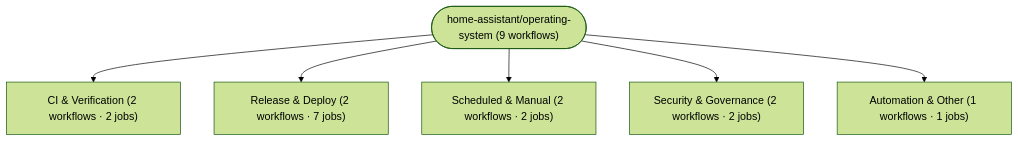
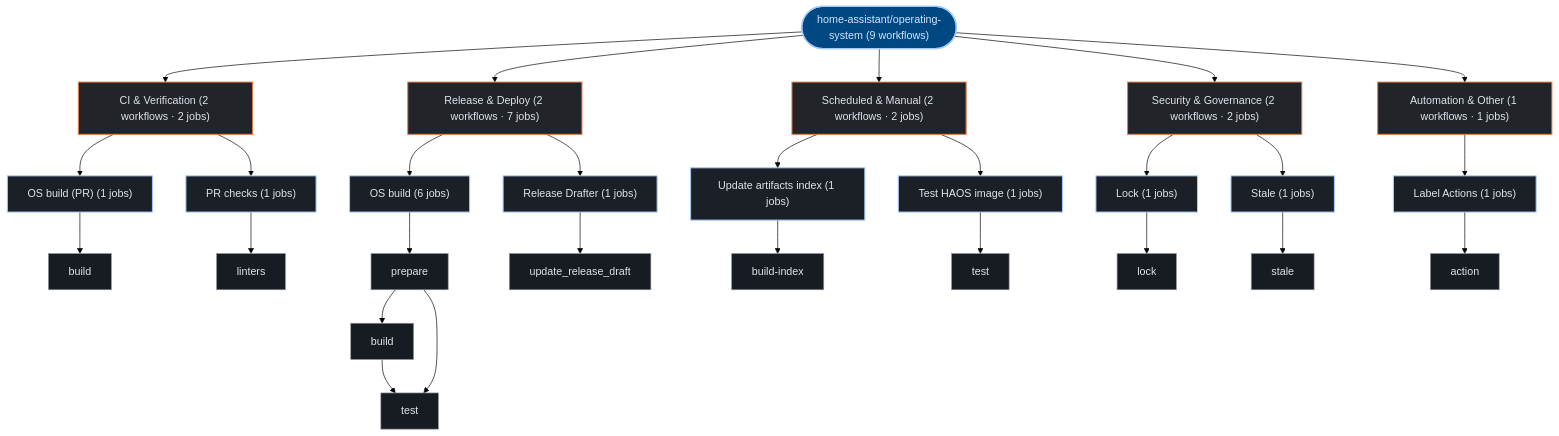
One commit to kumarshaz/atruss-code-atlas changed the second of 2 diagrams in exports/latest/reports/home-assistant-operating-system-report.md. Above: the diagram before and after it, drawn with Mermaid (forest theme). The commit also changed other lines of this file and 331 other files, not shown here.

Commit message:
docs,ui,fix: update SDLC docs, reorder CI/CD DAG first, stylize Mermaid, and fix Arc42 pipeline topology

````diff
--- a/exports/latest/reports/home-assistant-operating-system-report.md
+++ b/exports/latest/reports/home-assistant-operating-system-report.md
@@ -115,14 +119,62 @@
 ```mermaid
 graph TD;
-  pipeline_root(["home-assistant/operating-system (9 workflows)"])
-  grp_0_CI___Verification["CI & Verification (2 workflows · 2 jobs)"]
+  classDef atlasRoot fill:#004882,stroke:#a3c9ff,stroke-width:2px,color:#d3e4ff
+  classDef atlasCategory fill:#212428,stroke:#E87A48,stroke-width:1.5px,color:#dfe3eb
+  classDef atlasWorkflow fill:#1b2026,stroke:#a3c9ff,stroke-width:1.5px,color:#dfe3eb
+  classDef atlasJob fill:#171c22,stroke:#8d9199,stroke-width:1px,color:#dfe3eb
+  classDef atlasTarget fill:#005227,stroke:#8bd99b,stroke-width:1.5px,color:#a7f6b6
+  classDef atlasAlert fill:#93000a,stroke:#ffb4ab,stroke-width:1.5px,color:#ffdad6
+  classDef atlasMore fill:#252a31,stroke:#8d9199,stroke-dasharray:4 4,color:#c3c6cf
+  pipeline_root(["home-assistant/operating-system (9 workflows)"]):::atlasRoot
+  grp_0_CI___Verification["CI & Verification (2 workflows · 2 jobs)"]:::atlasCategory
   pipeline_root --> grp_0_CI___Verification
-  grp_1_Release___Deploy["Release & Deploy (2 workflows · 7 jobs)"]
+  wf_1_OS_build__PR_["OS build (PR) (1 jobs)"]:::atlasWorkflow
+  grp_0_CI___Verification --> wf_1_OS_build__PR_
+  job_1_build["build"]:::atlasJob
+  wf_1_OS_build__PR_ --> job_1_build
+  wf_5_PR_checks["PR checks (1 jobs)"]:::atlasWorkflow
+  grp_0_CI___Verification --> wf_5_PR_checks
+  job_5_linters["linters"]:::atlasJob
+  wf_5_PR_checks --> job_5_linters
+  grp_1_Release___Deploy["Release & Deploy (2 workflows · 7 jobs)"]:::atlasCategory
   pipeline_root --> grp_1_Release___Deploy
-  grp_2_Scheduled___Manual["Scheduled & Manual (2 workflows · 2 jobs)"]
+  wf_2_OS_build["OS build (6 jobs)"]:::atlasWorkflow
+  grp_1_Release___Deploy --> wf_2_OS_build
+  job_2_prepare["prepare"]:::atlasJob
+  job_2_build["build"]:::atlasJob
+  job_2_test["test"]:::atlasJob
+  wf_2_OS_build --> job_2_prepare
+  job_2_prepare --> job_2_build
+  job_2_build --> job_2_test
+  job_2_prepare --> job_2_test
+  wf_6_Release_Drafter["Release Drafter (1 jobs)"]:::atlasWorkflow
+  grp_1_Release___Deploy --> wf_6_Release_Drafter
+  job_6_update_release_draft["update_release_draft"]:::atlasJob
+  wf_6_Release_Drafter --> job_6_update_release_draft
+  grp_2_Scheduled___Manual["Scheduled & Manual (2 workflows · 2 jobs)"]:::atlasCategory
   pipeline_root --> grp_2_Scheduled___Manual
-  grp_3_Security___Governance["Security & Governance (2 workflows · 2 jobs)"]
+  wf_0_Update_artifacts_index["Update artifacts index (1 jobs)"]:::atlasWorkflow
+  grp_2_Scheduled___Manual --> wf_0_Update_artifacts_index
+  job_0_build_index["build-index"]:::atlasJob
+  wf_0_Update_artifacts_index --> job_0_build_index
+  wf_8_Test_HAOS_image["Test HAOS image (1 jobs)"]:::atlasWorkflow
+  grp_2_Scheduled___Manual --> wf_8_Test_HAOS_image
+  job_8_test["test"]:::atlasJob
+  wf_8_Test_HAOS_image --> job_8_test
+  grp_3_Security___Governance["Security & Governance (2 workflows · 2 jobs)"]:::atlasCategory
   pipeline_root --> grp_3_Security___Governance
-  grp_4_Automation___Other["Automation & Other (1 workflows · 1 jobs)"]
+  wf_4_Lock["Lock (1 jobs)"]:::atlasWorkflow
+  grp_3_Security___Governance --> wf_4_Lock
+  job_4_lock["lock"]:::atlasJob
+  wf_4_Lock --> job_4_lock
+  wf_7_Stale["Stale (1 jobs)"]:::atlasWorkflow
+  grp_3_Security___Governance --> wf_7_Stale
+  job_7_stale["stale"]:::atlasJob
+  wf_7_Stale --> job_7_stale
+  grp_4_Automation___Other["Automation & Other (1 workflows · 1 jobs)"]:::atlasCategory
   pipeline_root --> grp_4_Automation___Other
+  wf_3_Label_Actions["Label Actions (1 jobs)"]:::atlasWorkflow
+  grp_4_Automation___Other --> wf_3_Label_Actions
+  job_3_action["action"]:::atlasJob
+  wf_3_Label_Actions --> job_3_action
 ```
````
